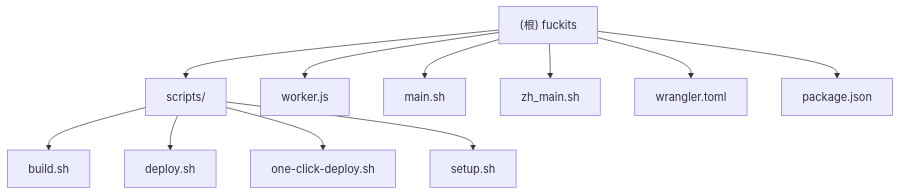
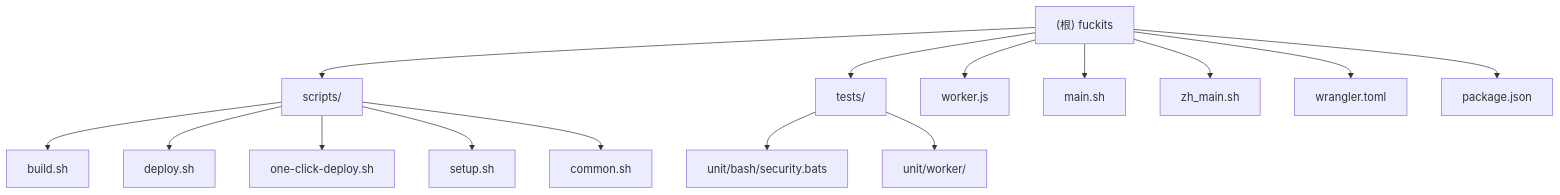
The diagram in CLAUDE.md (Silentely/fuckits), drawn with Mermaid before and after one commit. The commit also changed other lines of this file and 4 other files, not shown here.

````diff
--- a/CLAUDE.md
+++ b/CLAUDE.md
@@ -51,18 +55,23 @@
 ```mermaid
 graph TD
     A["(根) fuckits"] --> B["scripts/"];
     B --> C["build.sh"];
     B --> D["deploy.sh"];
     B --> E["one-click-deploy.sh"];
     B --> F["setup.sh"];
-    A --> G["worker.js"];
-    A --> H["main.sh"];
-    A --> I["zh_main.sh"];
-    A --> J["wrangler.toml"];
-    A --> K["package.json"];
+    B --> G["common.sh"];
+    A --> H["tests/"];
+    H --> I["unit/bash/security.bats"];
+    H --> J["unit/worker/"];
+    A --> K["worker.js"];
+    A --> L["main.sh"];
+    A --> M["zh_main.sh"];
+    A --> N["wrangler.toml"];
+    A --> O["package.json"];
 
     click C "./scripts/CLAUDE.md#build" "查看 build 模块文档"
     click D "./scripts/CLAUDE.md#deploy" "查看 deploy 模块文档"
     click E "./scripts/CLAUDE.md#one-click-deploy" "查看 one-click-deploy 模块文档"
     click F "./scripts/CLAUDE.md#setup" "查看 setup 模块文档"
+    click H "./tests/CLAUDE.md" "查看测试模块文档"
 ```
````
